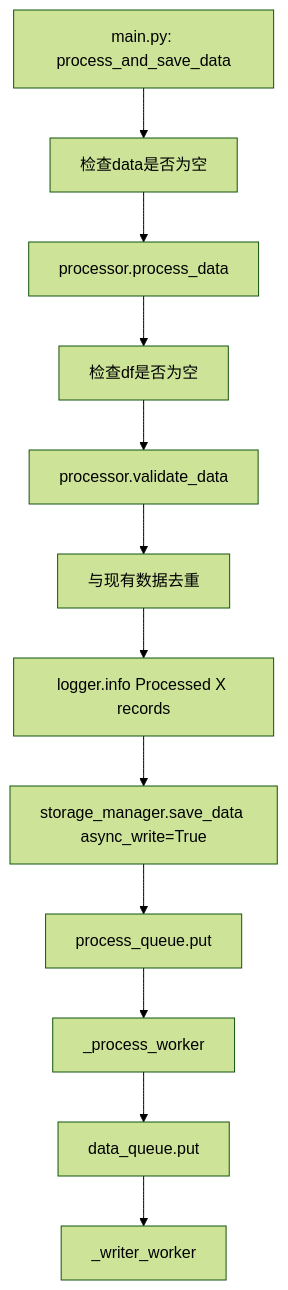
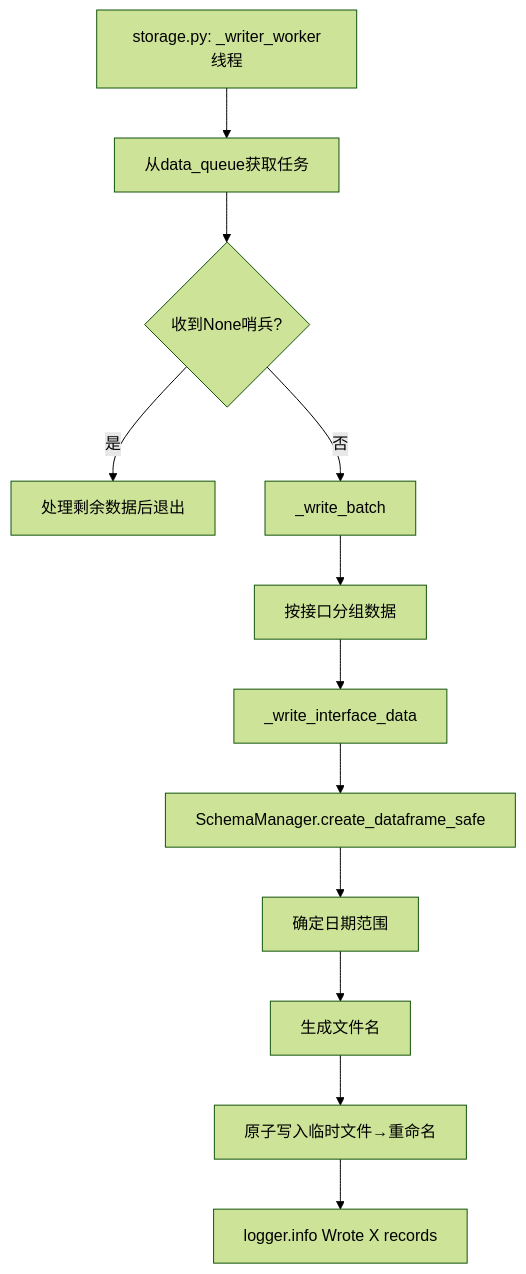
Before and after one commit to k2o333/quantaalpha: diagram 13 of 17 in p/main_to_interface_flow.md, drawn with Mermaid (forest theme). The commit also changed other lines of this file and 1 other file, not shown here.

````diff
--- a/p/main_to_interface_flow.md
+++ b/p/main_to_interface_flow.md
@@ -284,14 +430,15 @@
 ```mermaid
 graph TD
-    A[main.py: process_and_save_data] --> B[检查data是否为空]
-    B --> C[processor.process_data]
-    C --> D[检查df是否为空]
-    D --> E[processor.validate_data]
-    E --> F[与现有数据去重]
-    F --> G[logger.info Processed X records]
-    G --> H[storage_manager.save_data async_write=True]
-    H --> I[process_queue.put]
-    I --> J[_process_worker]
-    J --> K[data_queue.put]
-    K --> L[_writer_worker]
+    A[storage.py: _writer_worker线程] --> B[从data_queue获取任务]
+    B --> C{收到None哨兵?}
+    C -->|是| D[处理剩余数据后退出]
+    C -->|否| E[_write_batch]
+    E --> F[按接口分组数据]
+    F --> G[_write_interface_data]
+    
+    G --> H[SchemaManager.create_dataframe_safe]
+    H --> I[确定日期范围]
+    I --> J[生成文件名]
+    J --> K[原子写入临时文件→重命名]
+    K --> L[logger.info Wrote X records]
 ```
````
